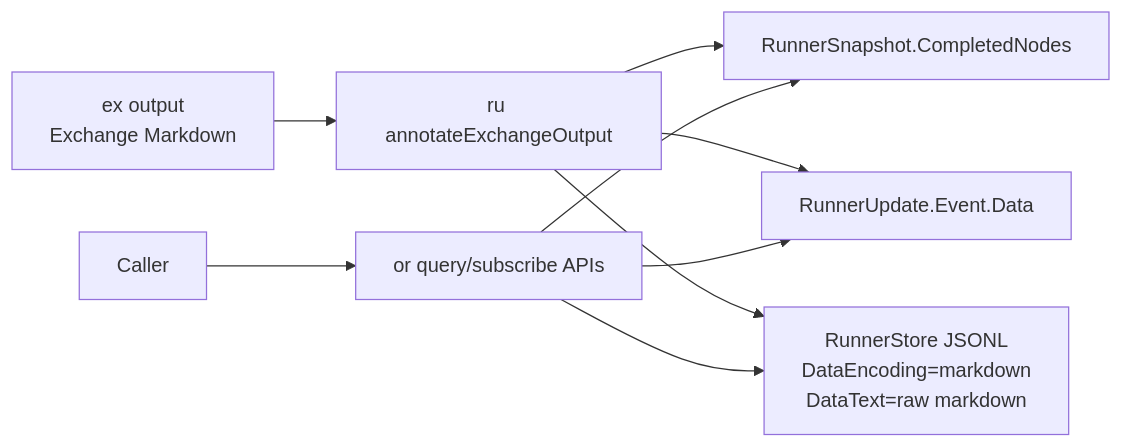
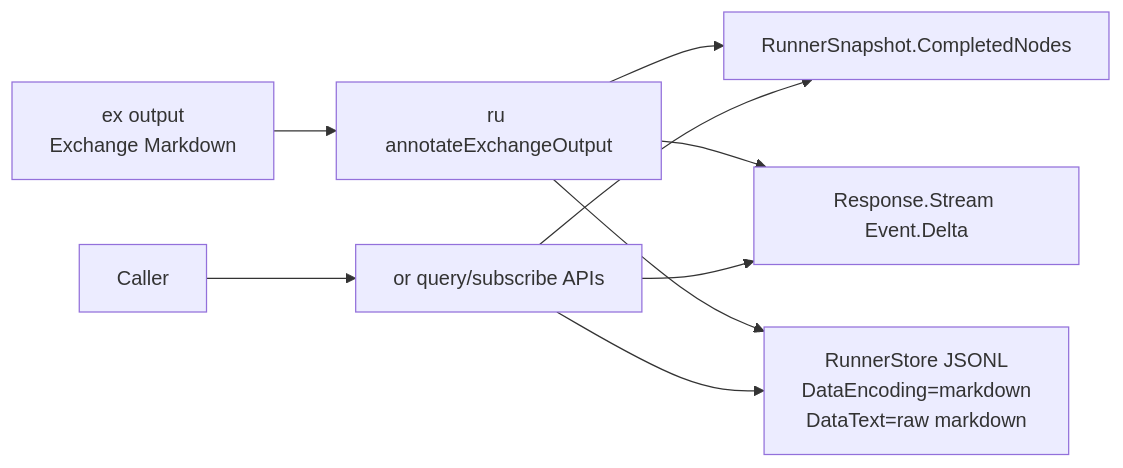
One commit to TsumiNa/dango changed the fifth of 5 diagrams in architecture.md. Above: the diagram before and after it, drawn with Mermaid. The commit also changed other lines of this file and 72 other files, not shown here.

````diff
--- a/architecture.md
+++ b/architecture.md
@@ -272,11 +285,11 @@
 ```mermaid
 flowchart LR
     E[ex output\nExchange Markdown] --> R[ru annotateExchangeOutput]
     R --> S[RunnerSnapshot.CompletedNodes]
-    R --> U[RunnerUpdate.Event.Data]
+    R --> U[Response.Stream Event.Delta]
     R --> P[RunnerStore JSONL\nDataEncoding=markdown\nDataText=raw markdown]
     O[or query/subscribe APIs] --> S
     O --> U
     O --> P
     C[Caller] --> O
 ```
````
